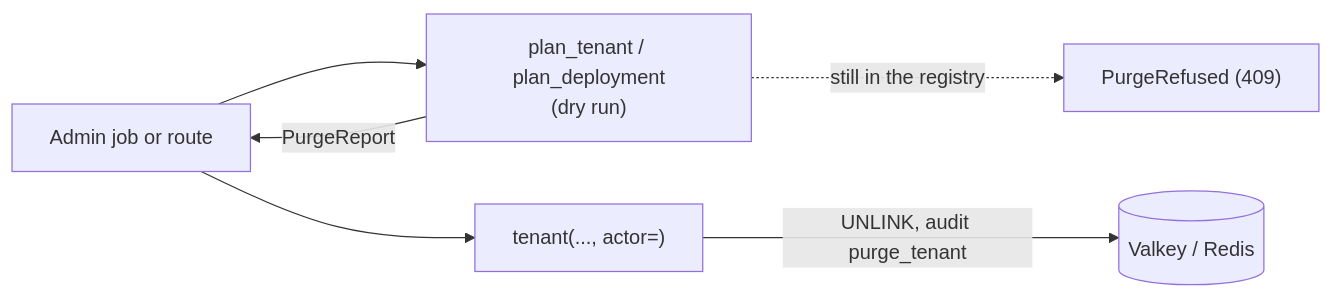
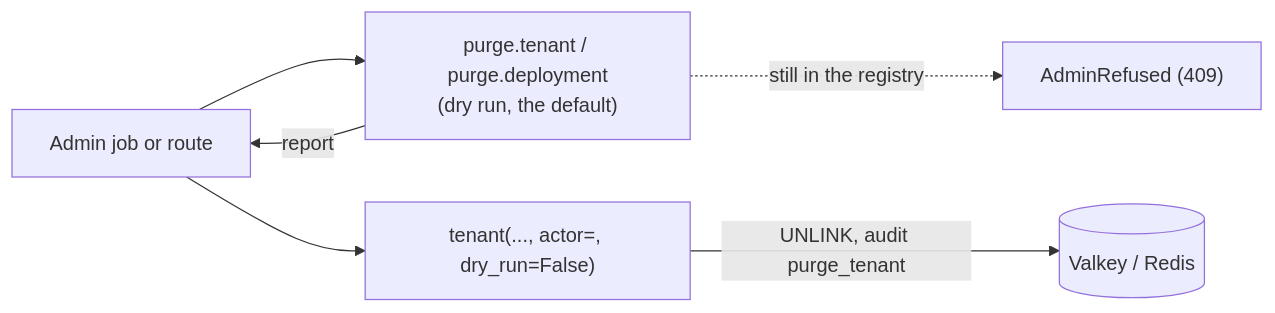
Before and after one commit to techiewonk/llm-queue: the diagram in docs/samples/purge.md, drawn with Mermaid. The commit also changed other lines of this file and 29 other files, not shown here.

````diff
--- a/docs/samples/purge.md
+++ b/docs/samples/purge.md
@@ -6,8 +6,8 @@
 ```mermaid
 flowchart LR
-  admin["Admin job or route"] --> plan["plan_tenant / plan_deployment<br/>(dry run)"]
-  plan -- "PurgeReport" --> admin
-  admin --> purge["tenant(..., actor=)"]
+  admin["Admin job or route"] --> plan["purge.tenant / purge.deployment<br/>(dry run, the default)"]
+  plan -- "report" --> admin
+  admin --> purge["tenant(..., actor=, dry_run=False)"]
   purge -- "UNLINK, audit purge_tenant" --> store[("Valkey / Redis")]
-  plan -. "still in the registry" .-> refused["PurgeRefused (409)"]
+  plan -. "still in the registry" .-> refused["AdminRefused (409)"]
 ```
````
